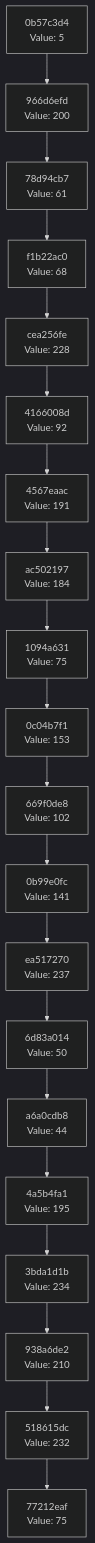
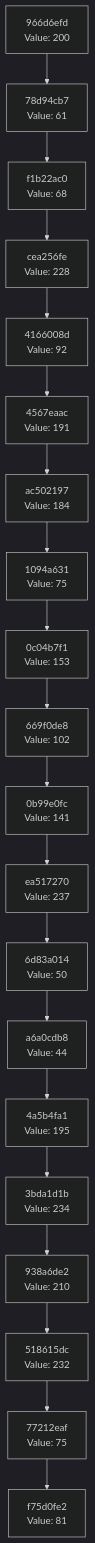
Before and after one commit to Abhisheksinha1506/hash-chain-evolver: the diagram in docs/CHAIN_VISUALIZATION.md, drawn with Mermaid (dark theme). The commit also changed 1 other file, not shown here.

Commit message:
Evolution step: hash 0x51 → action executed

````diff
--- a/docs/CHAIN_VISUALIZATION.md
+++ b/docs/CHAIN_VISUALIZATION.md
@@ -3,42 +3,42 @@
 ```mermaid
 graph TD
-    C0["77212eaf<br/>Value: 75"]
-    C1["518615dc<br/>Value: 232"]
+    C0["f75d0fe2<br/>Value: 81"]
+    C1["77212eaf<br/>Value: 75"]
     C1 --> C0
-    C2["938a6de2<br/>Value: 210"]
+    C2["518615dc<br/>Value: 232"]
     C2 --> C1
-    C3["3bda1d1b<br/>Value: 234"]
+    C3["938a6de2<br/>Value: 210"]
     C3 --> C2
-    C4["4a5b4fa1<br/>Value: 195"]
+    C4["3bda1d1b<br/>Value: 234"]
     C4 --> C3
-    C5["a6a0cdb8<br/>Value: 44"]
+    C5["4a5b4fa1<br/>Value: 195"]
     C5 --> C4
-    C6["6d83a014<br/>Value: 50"]
+    C6["a6a0cdb8<br/>Value: 44"]
     C6 --> C5
-    C7["ea517270<br/>Value: 237"]
+    C7["6d83a014<br/>Value: 50"]
     C7 --> C6
-    C8["0b99e0fc<br/>Value: 141"]
+    C8["ea517270<br/>Value: 237"]
     C8 --> C7
-    C9["669f0de8<br/>Value: 102"]
+    C9["0b99e0fc<br/>Value: 141"]
     C9 --> C8
-    C10["0c04b7f1<br/>Value: 153"]
+    C10["669f0de8<br/>Value: 102"]
     C10 --> C9
-    C11["1094a631<br/>Value: 75"]
+    C11["0c04b7f1<br/>Value: 153"]
     C11 --> C10
-    C12["ac502197<br/>Value: 184"]
+    C12["1094a631<br/>Value: 75"]
     C12 --> C11
-    C13["4567eaac<br/>Value: 191"]
+    C13["ac502197<br/>Value: 184"]
     C13 --> C12
-    C14["4166008d<br/>Value: 92"]
+    C14["4567eaac<br/>Value: 191"]
     C14 --> C13
-    C15["cea256fe<br/>Value: 228"]
+    C15["4166008d<br/>Value: 92"]
     C15 --> C14
-    C16["f1b22ac0<br/>Value: 68"]
+    C16["cea256fe<br/>Value: 228"]
     C16 --> C15
-    C17["78d94cb7<br/>Value: 61"]
+    C17["f1b22ac0<br/>Value: 68"]
     C17 --> C16
-    C18["966d6efd<br/>Value: 200"]
+    C18["78d94cb7<br/>Value: 61"]
     C18 --> C17
-    C19["0b57c3d4<br/>Value: 5"]
+    C19["966d6efd<br/>Value: 200"]
     C19 --> C18
 ```
````
